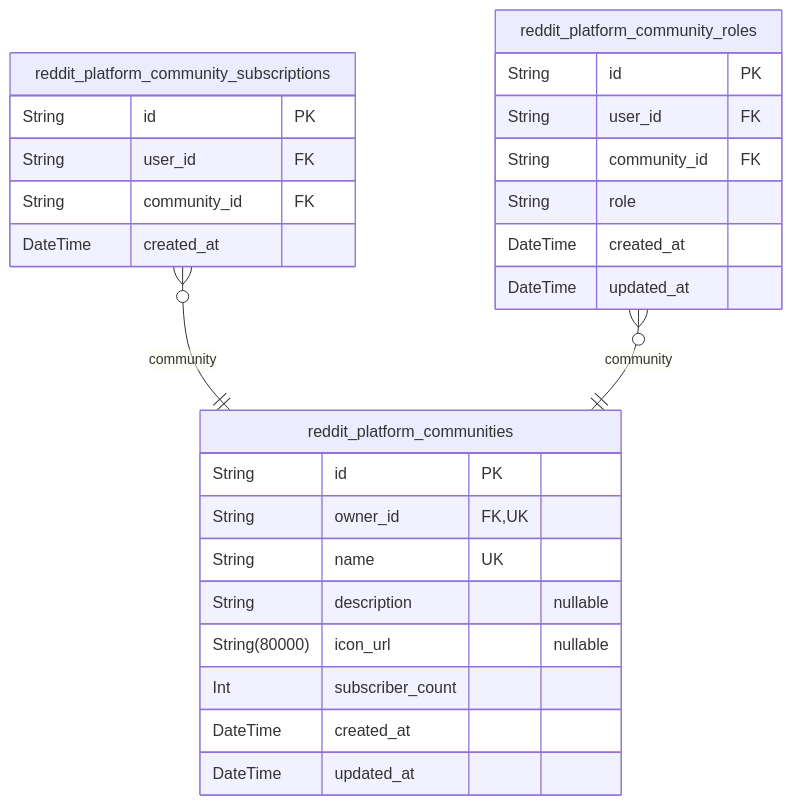
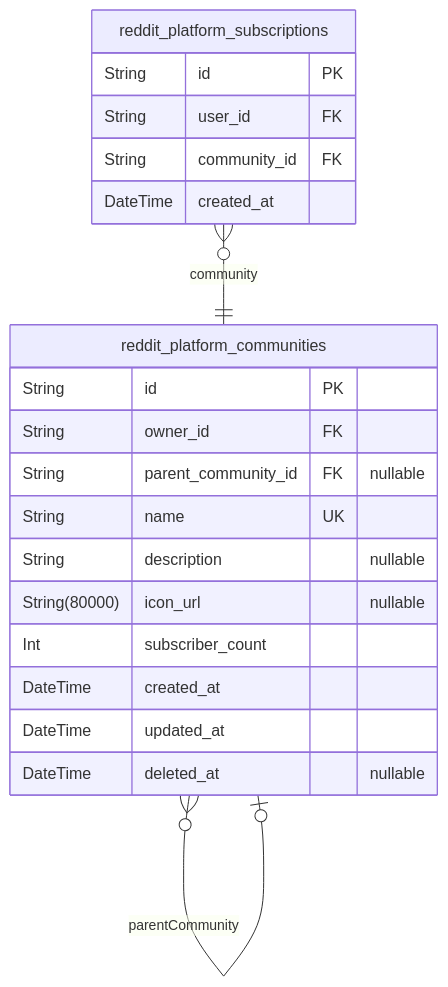
The third of 9 diagrams in qwen/qwen3-coder-next/reddit/docs/ERD.md (wrtnlabs/autobe-examples), drawn with Mermaid before and after one commit. The commit also changed other lines of this file and 3171 other files, not shown here.

````diff
--- a/qwen/qwen3-coder-next/reddit/docs/ERD.md
+++ b/qwen/qwen3-coder-next/reddit/docs/ERD.md
@@ -394,29 +448,23 @@
 ```mermaid
 erDiagram
 "reddit_platform_communities" {
   String id PK
-  String owner_id FK,UK
+  String owner_id FK
+  String parent_community_id FK "nullable"
   String name UK
   String description "nullable"
   String(80000) icon_url "nullable"
   Int subscriber_count
   DateTime created_at
   DateTime updated_at
+  DateTime deleted_at "nullable"
 }
-"reddit_platform_community_subscriptions" {
+"reddit_platform_subscriptions" {
   String id PK
   String user_id FK
   String community_id FK
   DateTime created_at
 }
-"reddit_platform_community_roles" {
-  String id PK
-  String user_id FK
-  String community_id FK
-  String role
-  DateTime created_at
-  DateTime updated_at
-}
-"reddit_platform_community_subscriptions" }o--|| "reddit_platform_communities" : community
-"reddit_platform_community_roles" }o--|| "reddit_platform_communities" : community
+"reddit_platform_communities" }o--o| "reddit_platform_communities" : parentCommunity
+"reddit_platform_subscriptions" }o--|| "reddit_platform_communities" : community
 ```
````
